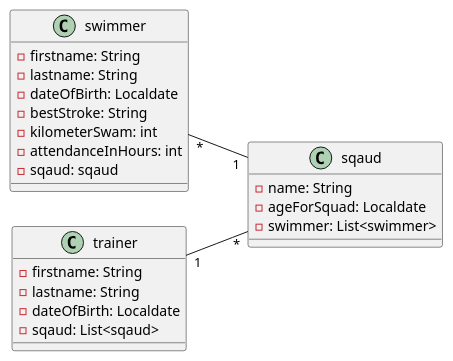
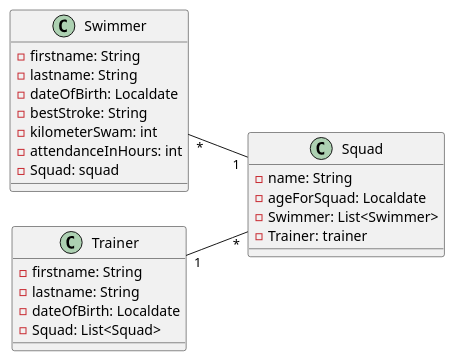
The diagram in asciidocs/plantuml/Schwimmverein.puml (2122-4ahif-nvs/01-microproject-OliverSugic), drawn with PlantUML before and after one commit.

Commit message:
Changed cld

```diff
--- a/asciidocs/plantuml/Schwimmverein.puml
+++ b/asciidocs/plantuml/Schwimmverein.puml
@@ -1,31 +1,32 @@
 @startuml
 
 
 
-class swimmer{
+class Swimmer{
     - firstname: String
     - lastname: String
     - dateOfBirth: Localdate
     - bestStroke: String
     - kilometerSwam: int
     - attendanceInHours: int
-    - sqaud: sqaud
+    - Squad: squad
 }
 
-class trainer{
+class Trainer{
     - firstname: String
     - lastname: String
     - dateOfBirth: Localdate
-    - sqaud: List<sqaud>
+    - Squad: List<Squad>
 }
 
-class sqaud{
+class Squad{
     - name: String
     - ageForSquad: Localdate
-    - swimmer: List<swimmer>
+    - Swimmer: List<Swimmer>
+    - Trainer: trainer
 }
 left to right direction
-swimmer "*"--"1" sqaud
-trainer "1"--"*" sqaud
+Swimmer "*"--"1" Squad
+Trainer "1"--"*" Squad
 
 @enduml
```
